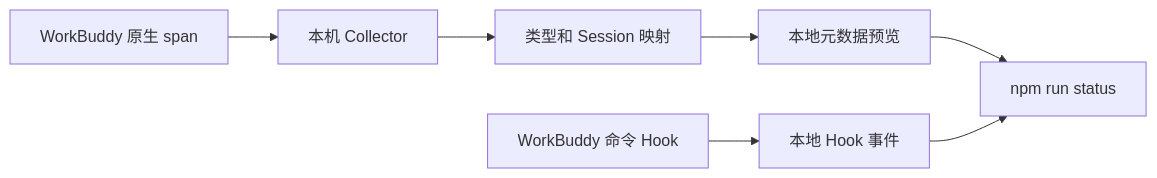
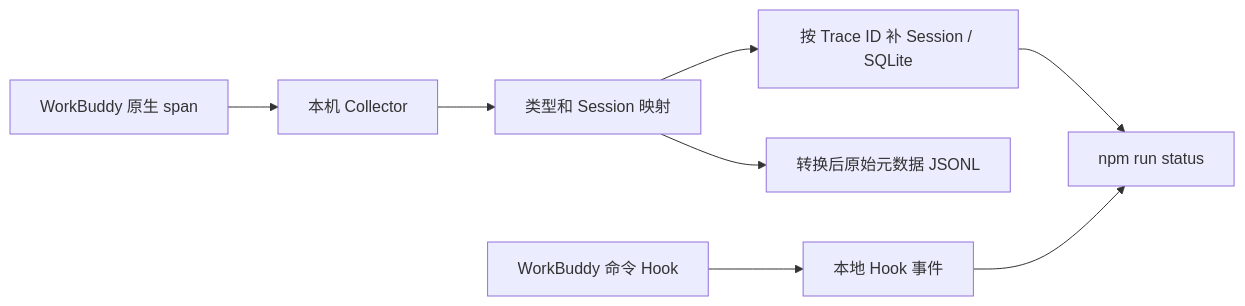
Before and after one commit to fine405/langfuse-helper: the diagram in README.md, drawn with Mermaid. The commit also changed other lines of this file and 20 other files, not shown here.

````diff
--- a/README.md
+++ b/README.md
@@ -68,9 +69,10 @@
 ```mermaid
 flowchart LR
   W[WorkBuddy 原生 span] --> C[本机 Collector]
   C --> M[类型和 Session 映射]
-  M --> F[本地元数据预览]
+  M --> F[按 Trace ID 补 Session / SQLite]
+  M --> R[转换后原始元数据 JSONL]
   H[WorkBuddy 命令 Hook] --> E[本地 Hook 事件]
   F --> S[npm run status]
   E --> S
 ```
````
